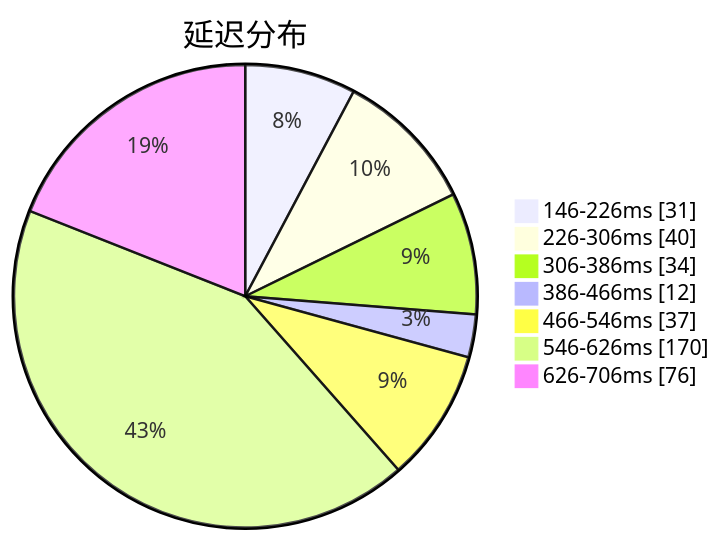
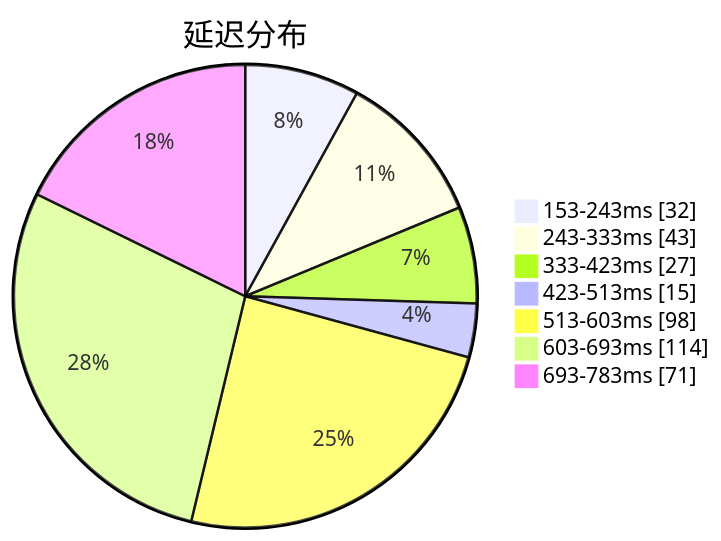
The first of 3 diagrams in subs/statistics/tested_within.md (qjlxg/airport), drawn with Mermaid before and after one commit. The commit also changed other lines of this file and 2 other files, not shown here.

Commit message:
Tested by metaST

````diff
--- a/subs/statistics/tested_within.md
+++ b/subs/statistics/tested_within.md
@@ -2,11 +2,11 @@
 ```mermaid
 pie showData
 title 延迟分布
-"146-226ms" : 31
-"226-306ms" : 40
-"306-386ms" : 34
-"386-466ms" : 12
-"466-546ms" : 37
-"546-626ms" : 170
-"626-706ms" : 76
+"153-243ms" : 32
+"243-333ms" : 43
+"333-423ms" : 27
+"423-513ms" : 15
+"513-603ms" : 98
+"603-693ms" : 114
+"693-783ms" : 71
 ```
````
